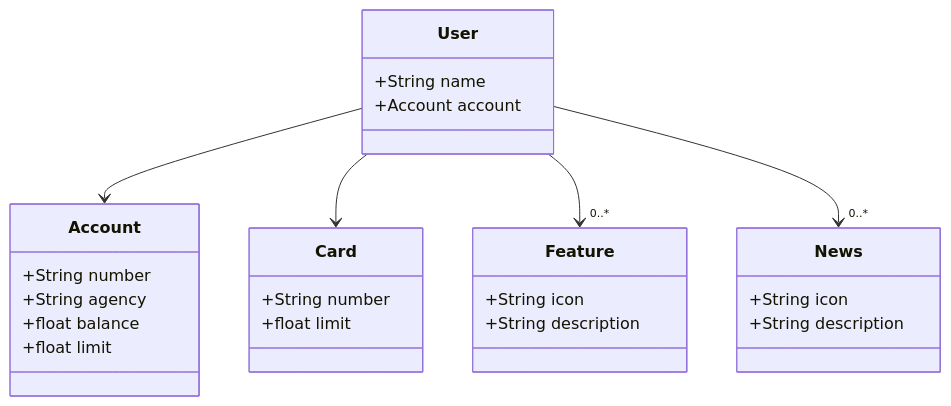
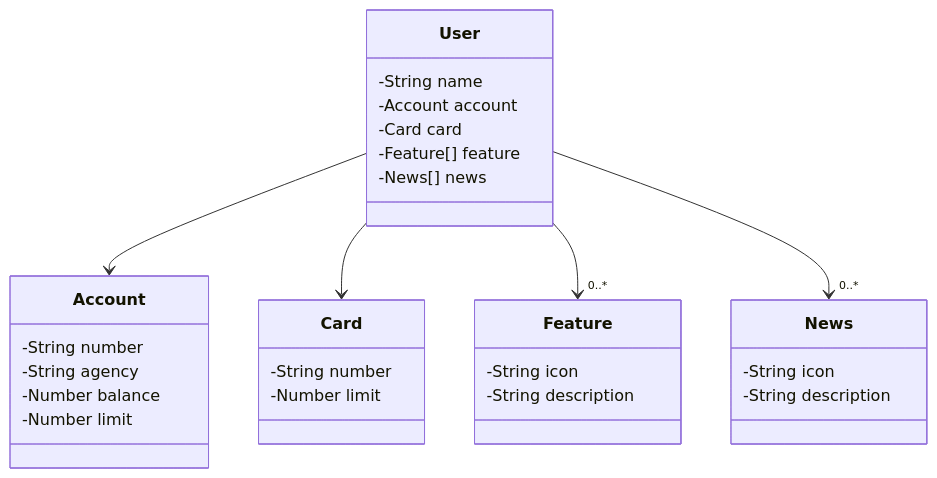
One commit to rafaelgioffi/bradesco-java-dio changed the diagram in santander-dev-week-2023/README.md. Above: the diagram before and after it, drawn with Mermaid. The commit also changed 7 other files, not shown here.

````diff
--- a/santander-dev-week-2023/README.md
+++ b/santander-dev-week-2023/README.md
@@ -2,34 +2,37 @@
 ```mermaid
 classDiagram
     class User {
-        +String name
-        +Account account
+        -String name
+        -Account account
+        -Card card
+        -Feature[] feature
+        -News[] news
     }
 
     class Account {
-        +String number
-        +String agency
-        +float balance
-        +float limit
+        -String number
+        -String agency
+        -Number balance
+        -Number limit
     }
 
     class Feature {
-        +String icon
-        +String description
+        -String icon
+        -String description
     }
 
     class Card {
-        +String number
-        +float limit
+        -String number
+        -Number limit
     }
 
     class News {
-        +String icon
-        +String description
+        -String icon
+        -String description
     }
 
     User --> Account
     User --> Card
     User --> "0..*" Feature 
     User --> "0..*" News
 ```
````
